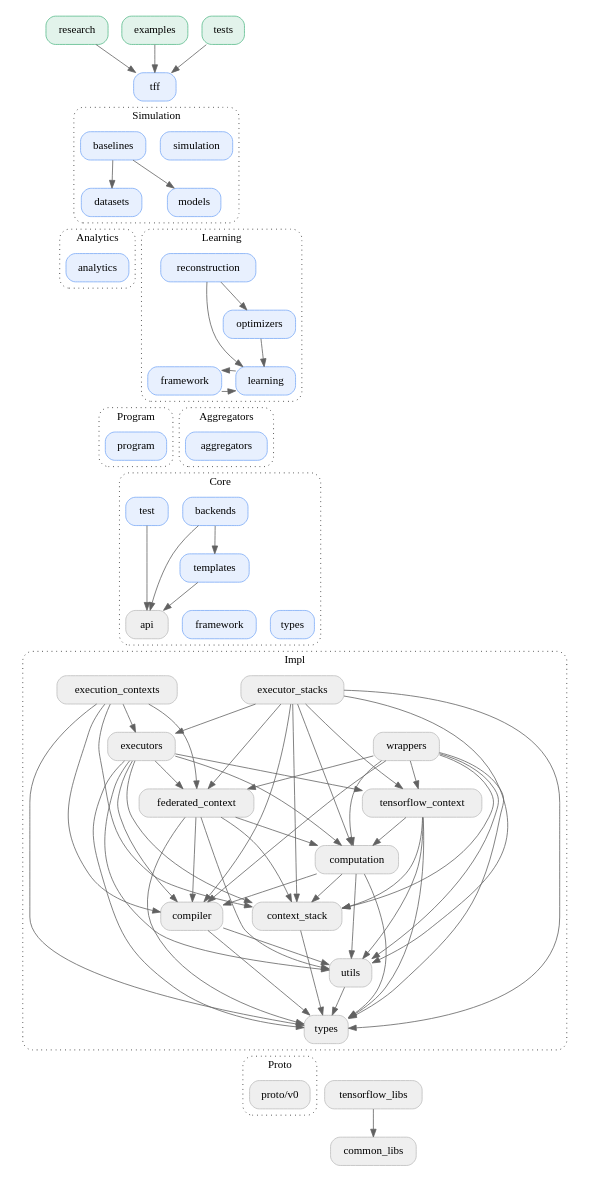
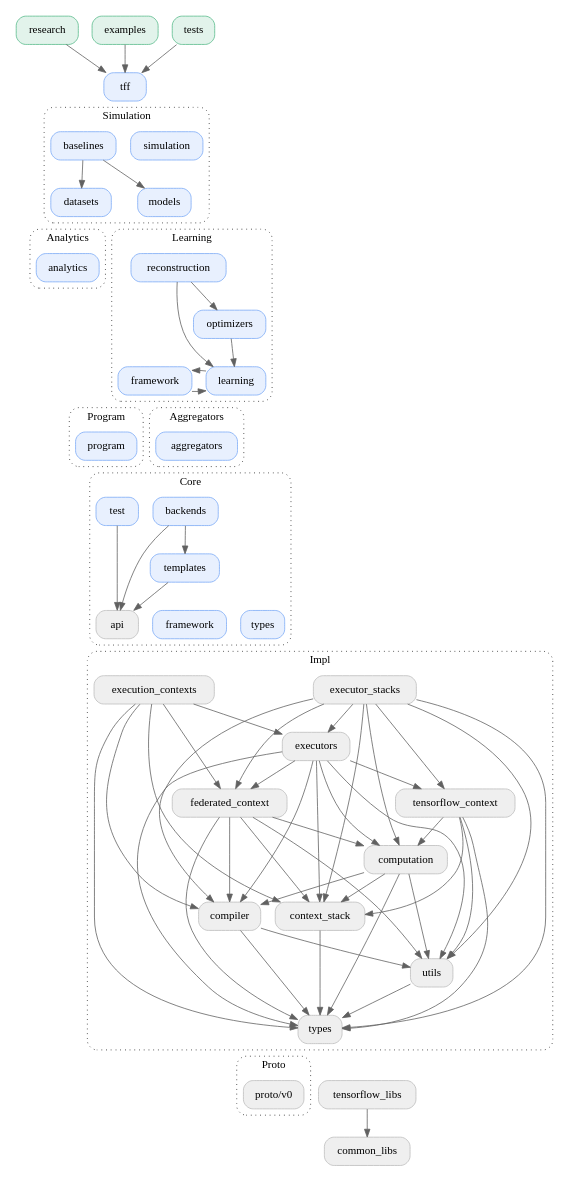
Before and after one commit to google-parfait/tensorflow-federated: the diagram in docs/design/package_structure.dot, drawn with Graphviz. The commit also changed 14 other files, not shown here.

```diff
--- a/docs/design/package_structure.dot
+++ b/docs/design/package_structure.dot
@@ -87,7 +87,6 @@
 
   core_api -> core_framework [arrowhead="none", style="invisible"]
   core_framework -> core_types [arrowhead="none", style="invisible"]
-  core_api -> impl_wrappers [arrowhead="none", style="invisible"]
   core_types -> impl_executor_stacks [arrowhead="none", style="invisible"]
   core_types -> impl_execution_contexts [arrowhead="none", style="invisible"]
 
@@ -123,14 +122,6 @@
   impl_executors -> impl_utils
   impl_executors -> impl_context_stack
   impl_executors -> impl_types
-  impl_wrappers -> impl_tensorflow_context
-  impl_wrappers -> impl_federated_context
-  impl_wrappers -> impl_computation
-  impl_wrappers -> impl_compiler
-  impl_wrappers -> impl_utils
-  impl_wrappers -> impl_context_stack
-  impl_wrappers -> impl_types
-  //impl_wrappers -> impl_execution_contexts [arrowhead="none", style="dotted"]
   impl_tensorflow_context -> impl_computation
   impl_tensorflow_context -> impl_utils
   impl_tensorflow_context -> impl_context_stack
@@ -157,7 +148,6 @@
     impl_execution_contexts [label="execution_contexts", href="https://github.com/tensorflow/federated/blob/main/tensorflow_federated/python/core/impl/execution_contexts" target="_parent"]
     impl_executor_stacks [label="executor_stacks", href="https://github.com/tensorflow/federated/blob/main/tensorflow_federated/python/core/impl/executor_stacks" target="_parent"]
     impl_executors [label="executors", href="https://github.com/tensorflow/federated/blob/main/tensorflow_federated/python/core/impl/executors" target="_parent"]
-    impl_wrappers [label="wrappers", href="https://github.com/tensorflow/federated/blob/main/tensorflow_federated/python/core/impl/wrappers" target="_parent"]
     impl_tensorflow_context [label="tensorflow_context", href="https://github.com/tensorflow/federated/blob/main/tensorflow_federated/python/core/impl/tensorflow_context" target="_parent"]
     impl_federated_context [label="federated_context", href="https://github.com/tensorflow/federated/blob/main/tensorflow_federated/python/core/impl/federated_context" target="_parent"]
     impl_computation [label="computation", href="https://github.com/tensorflow/federated/blob/main/tensorflow_federated/python/core/impl/computation" target="_parent"]
@@ -191,7 +181,7 @@
   {rank=same; core_templates}
   {rank=same; core_api, core_framework, core_types}
   {rank=same; impl_execution_contexts, impl_executor_stacks}
-  {rank=same; impl_executors, impl_wrappers}
+  {rank=same; impl_executors}
   {rank=same; impl_tensorflow_context, impl_federated_context}
   {rank=same; impl_computation}
   {rank=same; impl_compiler, impl_context_stack}
```
